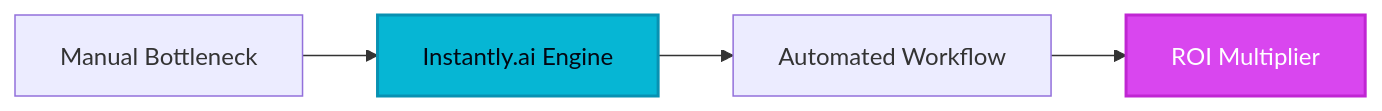
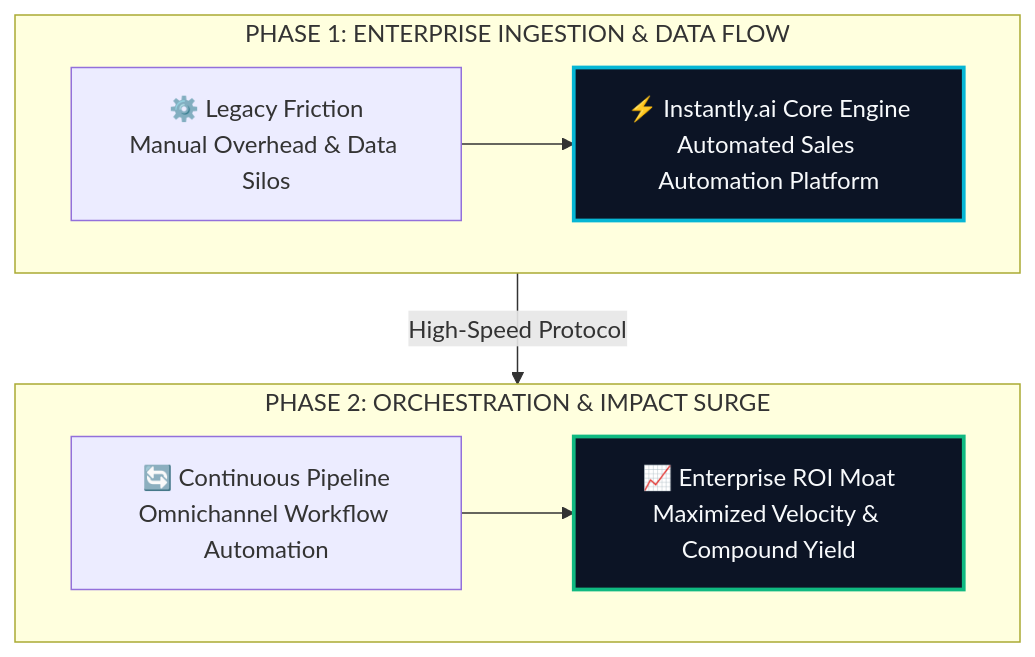
The diagram in site/src/content/blog/instantly-ai-evolution-guide-2026.md (heliatech-media/saas-radar), drawn with Mermaid before and after one commit. The commit also changed 97 other files, not shown here.

First line of the commit message:
feat(diagrams): upgrade all article architecture schemas to high-impact 2-tier responsive vector blueprints

````diff
--- a/site/src/content/blog/instantly-ai-evolution-guide-2026.md
+++ b/site/src/content/blog/instantly-ai-evolution-guide-2026.md
@@ -52,8 +52,14 @@
 ```mermaid
-flowchart LR
-    A[Manual Bottleneck] --> B[Instantly.ai Engine]
-    B --> C[Automated Workflow]
-    C --> D[ROI Multiplier]
-    style B fill:#06b6d4,stroke:#0891b2,stroke-width:2px,color:#030712
-    style D fill:#d946ef,stroke:#c026d3,stroke-width:2px,color:#ffffff
+flowchart TD
+    subgraph S1["PHASE 1: ENTERPRISE INGESTION & DATA FLOW"]
+        direction LR
+        A["⚙️ Legacy Friction<br/>Manual Overhead & Data Silos"] --> B["⚡ Instantly.ai Core Engine<br/>Automated Sales Automation Platform"]
+    end
+    subgraph S2["PHASE 2: ORCHESTRATION & IMPACT SURGE"]
+        direction LR
+        C["🔄 Continuous Pipeline<br/>Omnichannel Workflow Automation"] --> D["📈 Enterprise ROI Moat<br/>Maximized Velocity & Compound Yield"]
+    end
+    S1 -->|High-Speed Protocol| S2
+    style B fill:#0c1425,stroke:#06b6d4,stroke-width:2.5px,color:#f8fafc
+    style D fill:#0c1425,stroke:#10b981,stroke-width:2.5px,color:#f8fafc
 ```
````
